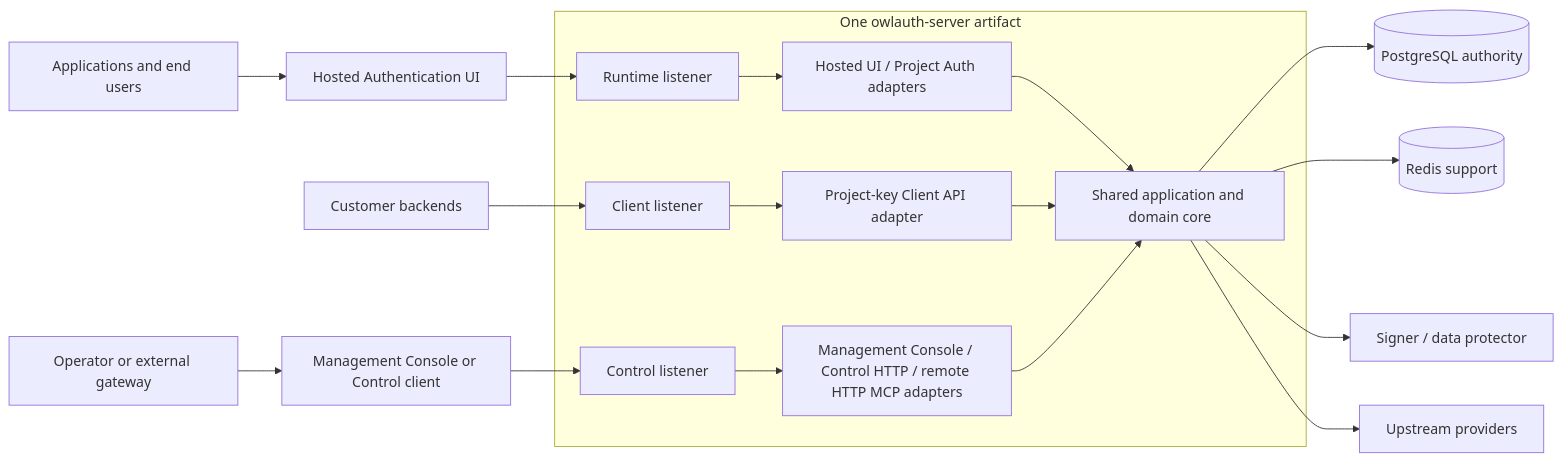
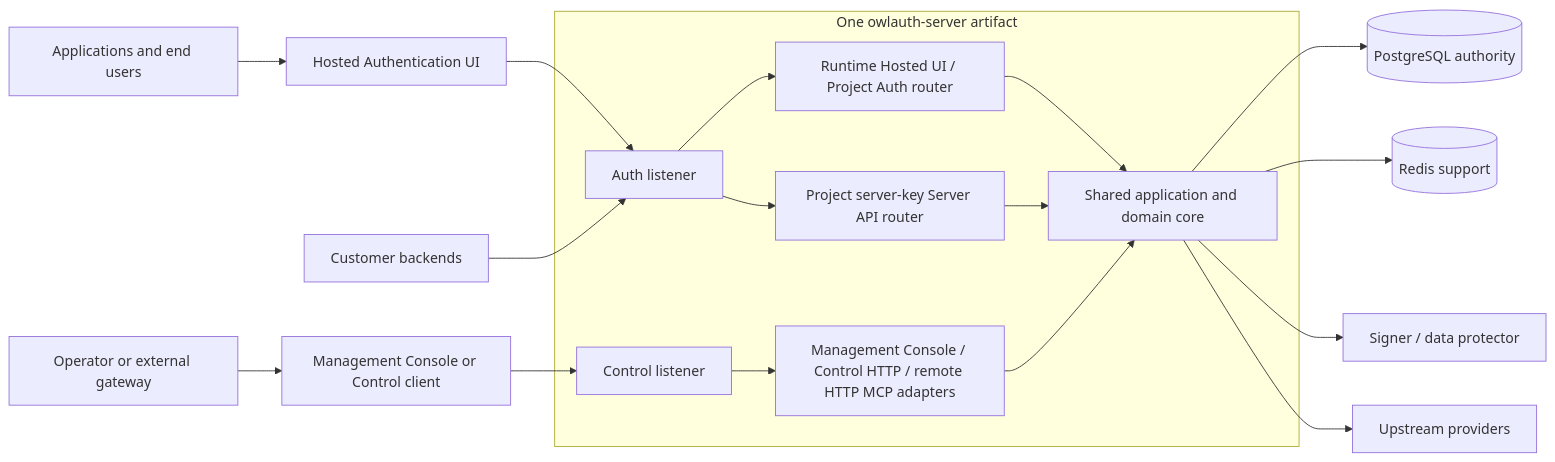
The second of 3 diagrams in docs/guide/architecture.md (owlfoundry/owlauth), drawn with Mermaid before and after one commit. The commit also changed other lines of this file and 182 other files, not shown here.

First line of the commit message:
feat(server+cli)!: replace client API with project server API

````diff
--- a/docs/guide/architecture.md
+++ b/docs/guide/architecture.md
@@ -99,22 +99,22 @@
 ```mermaid
 flowchart LR
     Apps[Applications and end users] --> Hosted[Hosted Authentication UI]
-    Hosted --> RL[Runtime listener]
-    Backends[Customer backends] --> BL[Client listener]
+    Hosted --> AL[Auth listener]
+    Backends[Customer backends] --> AL
     Ops[Operator or external gateway] --> Console[Management Console or Control client]
     Console --> CL[Control listener]
 
     subgraph Server[One owlauth-server artifact]
-        RL --> RA[Hosted UI / Project Auth adapters]
-        BL --> BA[Project-key Client API adapter]
+        AL --> RA[Runtime Hosted UI / Project Auth router]
+        AL --> BA[Project server-key Server API router]
         CL --> CA[Management Console / Control HTTP / remote HTTP MCP adapters]
         RA --> Core[Shared application and domain core]
         BA --> Core
         CA --> Core
     end
 
     Core --> PG[(PostgreSQL authority)]
     Core --> Redis[(Redis support)]
     Core --> Keys[Signer / data protector]
     Core --> IdP[Upstream providers]
 ```
````
